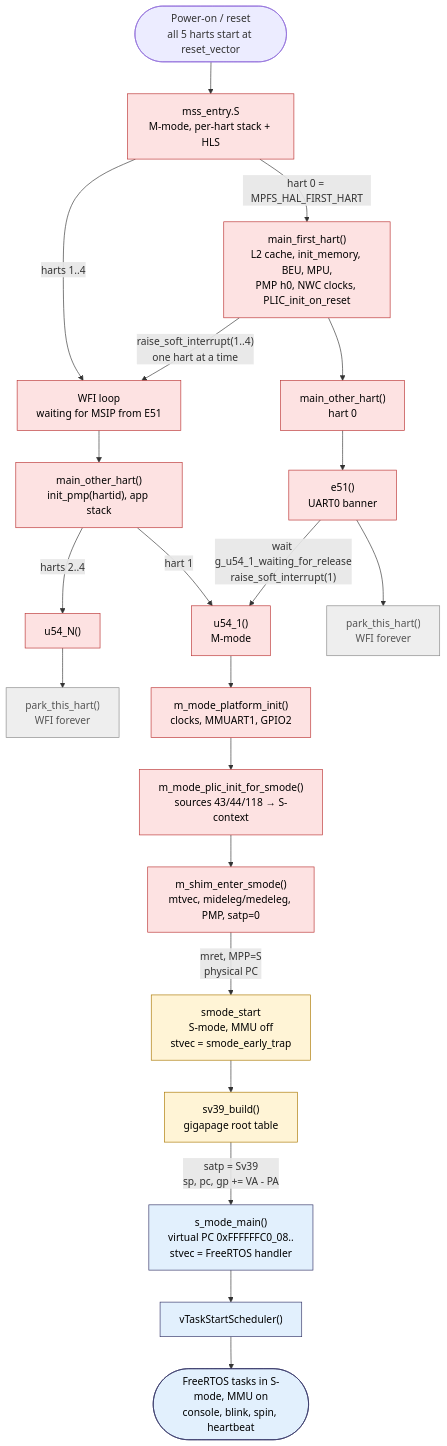
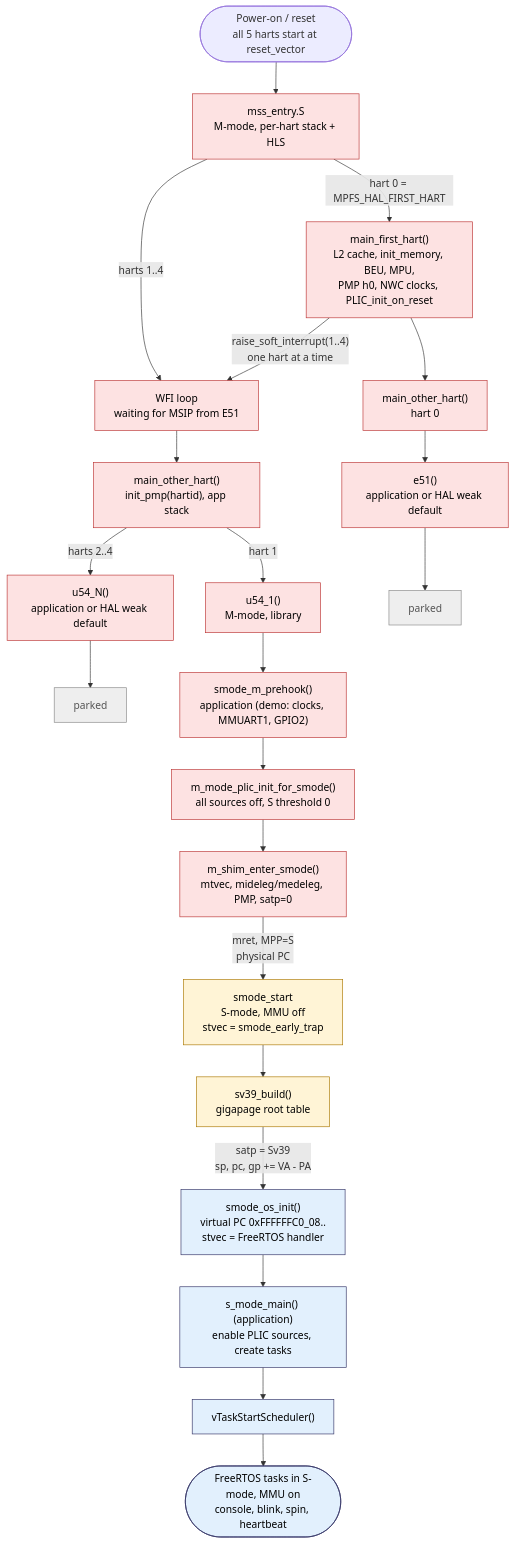
One commit to InuyashaITB/mpfs-freertos-smode changed the first of 12 diagrams in docs/boot-to-smode.md. Above: the diagram before and after it, drawn with Mermaid. The commit also changed other lines of this file and 37 other files, not shown here.

First line of the commit message:
Package the S-mode boot path and FreeRTOS as static libraries (CMake)

````diff
--- a/docs/boot-to-smode.md
+++ b/docs/boot-to-smode.md
@@ -32,36 +34,35 @@
 ```mermaid
 flowchart TD
     RST(["Power-on / reset<br/>all 5 harts start at reset_vector"]) --> ENTRY["mss_entry.S<br/>M-mode, per-hart stack + HLS"]
 
     ENTRY -->|"hart 0 = MPFS_HAL_FIRST_HART"| MFH["main_first_hart()<br/>L2 cache, init_memory, BEU, MPU,<br/>PMP h0, NWC clocks, PLIC_init_on_reset"]
     ENTRY -->|"harts 1..4"| WFI1["WFI loop<br/>waiting for MSIP from E51"]
 
     MFH -->|"raise_soft_interrupt(1..4)<br/>one hart at a time"| WFI1
     WFI1 --> MOH["main_other_hart()<br/>init_pmp(hartid), app stack"]
     MFH --> MOH0["main_other_hart()<br/>hart 0"]
 
-    MOH0 --> E51["e51()<br/>UART0 banner"]
-    MOH -->|"hart 1"| U541["u54_1()<br/>M-mode"]
-    MOH -->|"harts 2..4"| U54N["u54_N()"] --> PARK2["park_this_hart()<br/>WFI forever"]
+    MOH0 --> E51["e51()<br/>application or HAL weak default"]
+    MOH -->|"hart 1"| U541["u54_1()<br/>M-mode, library"]
+    MOH -->|"harts 2..4"| U54N["u54_N()<br/>application or HAL weak default"] --> PARK2["parked"]
+    E51 --> PARK0["parked"]
 
-    E51 -->|"wait g_u54_1_waiting_for_release<br/>raise_soft_interrupt(1)"| U541
-    E51 --> PARK0["park_this_hart()<br/>WFI forever"]
-
-    U541 --> PLAT["m_mode_platform_init()<br/>clocks, MMUART1, GPIO2"]
-    PLAT --> PLIC["m_mode_plic_init_for_smode()<br/>sources 43/44/118 → S-context"]
+    U541 --> PLAT["smode_m_prehook()<br/>application (demo: clocks, MMUART1, GPIO2)"]
+    PLAT --> PLIC["m_mode_plic_init_for_smode()<br/>all sources off, S threshold 0"]
     PLIC --> SHIM["m_shim_enter_smode()<br/>mtvec, mideleg/medeleg, PMP, satp=0"]
     SHIM -->|"mret, MPP=S<br/>physical PC"| SSTART["smode_start<br/>S-mode, MMU off<br/>stvec = smode_early_trap"]
     SSTART --> SV39["sv39_build()<br/>gigapage root table"]
-    SV39 -->|"satp = Sv39<br/>sp, pc, gp += VA - PA"| SMAIN["s_mode_main()<br/>virtual PC 0xFFFFFFC0_08..<br/>stvec = FreeRTOS handler"]
+    SV39 -->|"satp = Sv39<br/>sp, pc, gp += VA - PA"| OSINIT["smode_os_init()<br/>virtual PC 0xFFFFFFC0_08..<br/>stvec = FreeRTOS handler"]
+    OSINIT --> SMAIN["s_mode_main() (application)<br/>enable PLIC sources, create tasks"]
     SMAIN --> SCHED["vTaskStartScheduler()"]
     SCHED --> TASKS(["FreeRTOS tasks in S-mode, MMU on<br/>console, blink, spin, heartbeat"])
 
     classDef m fill:#fde2e2,stroke:#b33,color:#000
     classDef sp fill:#fff4d6,stroke:#a70,color:#000
     classDef s fill:#e2f0fd,stroke:#336,color:#000
     classDef park fill:#eee,stroke:#888,color:#555
     class ENTRY,MFH,WFI1,MOH,MOH0,E51,U541,U54N,PLAT,PLIC,SHIM m
     class SSTART,SV39 sp
-    class SMAIN,SCHED,TASKS s
+    class OSINIT,SMAIN,SCHED,TASKS s
     class PARK0,PARK2 park
 ```
````
